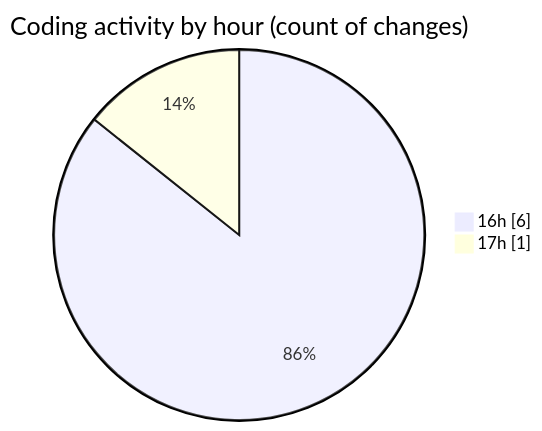
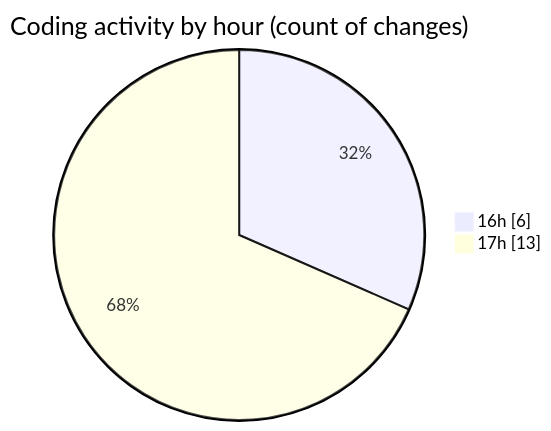
One commit to Ritupan-Deka/code-tracking changed the second of 2 diagrams in 2025-06-24/scopecraft/README.md. Above: the diagram before and after it, drawn with Mermaid. The commit also changed other lines of this file and 1 other file, not shown here.

````diff
--- a/2025-06-24/scopecraft/README.md
+++ b/2025-06-24/scopecraft/README.md
@@ -31,6 +32,6 @@
 ```mermaid
 pie showData
 title Coding activity by hour (count of changes)
 "16h" : 6
-"17h" : 1
+"17h" : 13
 ```
````
